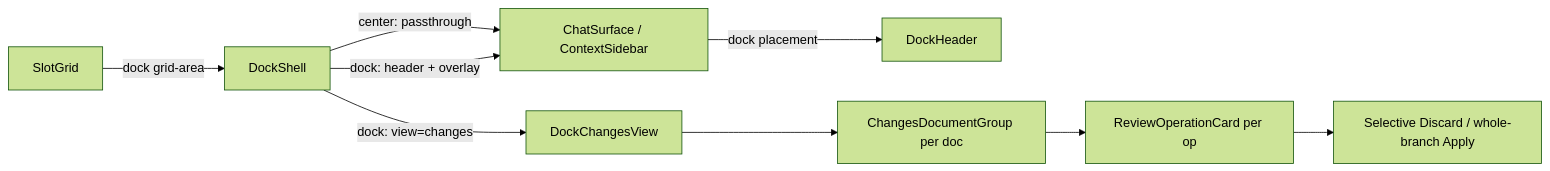
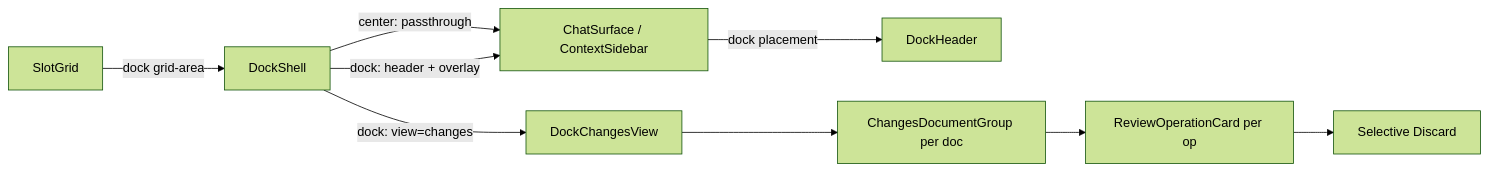
The diagram in apps/app/src/features/project/dock/.context/CONTEXT.md (haowjy/meridian), drawn with Mermaid (forest theme) before and after one commit. The commit also changed other lines of this file and 2 other files, not shown here.

Commit message:
docs(drafts): clarify document-level apply authority

````diff
--- a/apps/app/src/features/project/dock/.context/CONTEXT.md
+++ b/apps/app/src/features/project/dock/.context/CONTEXT.md
@@ -105,11 +102,11 @@
 ```mermaid
 flowchart LR
     Grid[SlotGrid] -->|dock grid-area| DockShell
     DockShell -->|center: passthrough| Occupant[ChatSurface / ContextSidebar]
     DockShell -->|dock: header + overlay| Occupant
     DockShell -->|dock: view=changes| Changes[DockChangesView]
     Occupant -->|dock placement| DockHeader
     Changes --> DocGroup[ChangesDocumentGroup per doc]
     DocGroup --> Card[ReviewOperationCard per op]
-    Card --> Verbs[Selective Discard / whole-branch Apply]
+    Card --> Verbs[Selective Discard]
 ```
````
